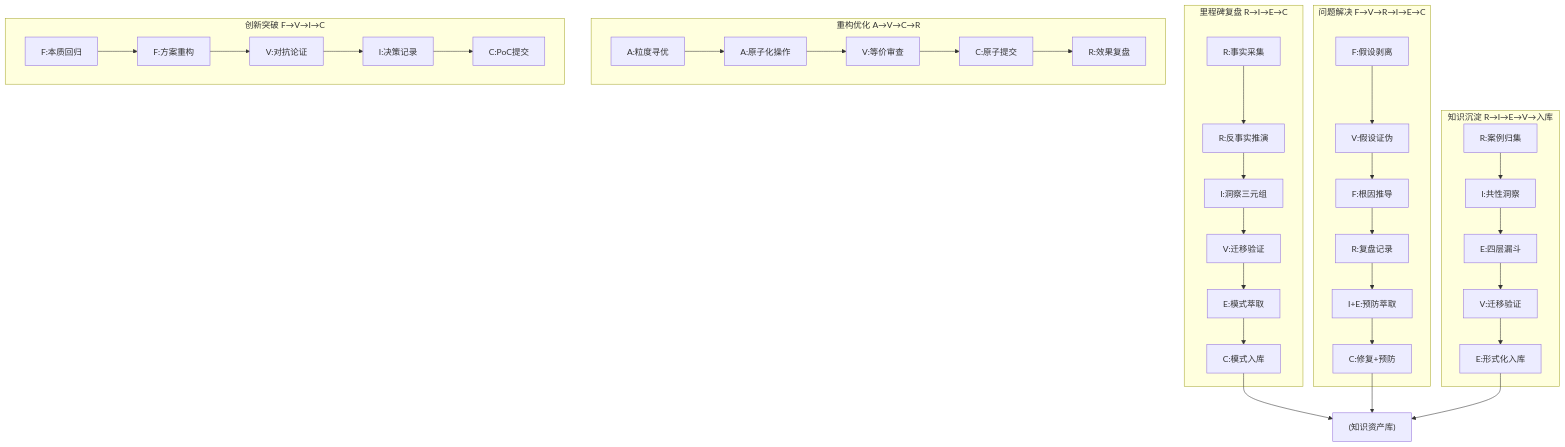
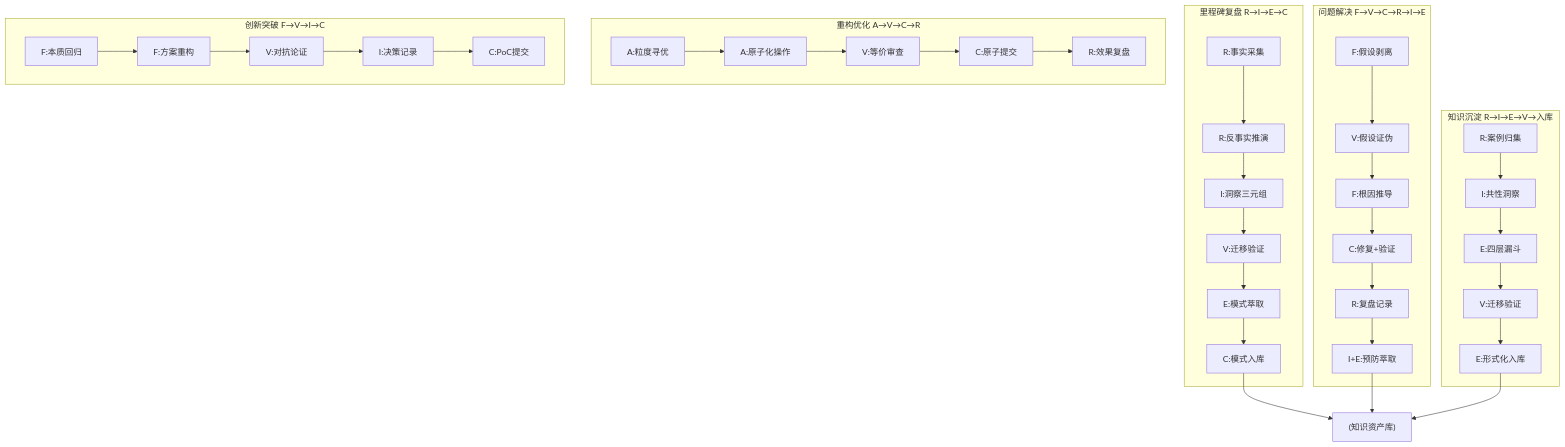
One commit to xinetzone/SpecWeave changed the diagram in docs/retrospective/patterns/methodology-patterns/governance-strategy/seven-concepts-core-workflows.md. Above: the diagram before and after it, drawn with Mermaid. The commit also changed other lines of this file and 2 other files, not shown here.

````diff
--- a/docs/retrospective/patterns/methodology-patterns/governance-strategy/seven-concepts-core-workflows.md
+++ b/docs/retrospective/patterns/methodology-patterns/governance-strategy/seven-concepts-core-workflows.md
@@ -14,39 +14,39 @@
 ```mermaid
 flowchart TD
     subgraph W1["里程碑复盘 R→I→E→C"]
         W1_R1["R:事实采集"] --> W1_R2["R:反事实推演"]
         W1_R2 --> W1_I["I:洞察三元组"]
         W1_I --> W1_V["V:迁移验证"]
         W1_V --> W1_E["E:模式萃取"]
         W1_E --> W1_C["C:模式入库"]
     end
-    subgraph W2["问题解决 F→V→R→I→E→C"]
+    subgraph W2["问题解决 F→V→C→R→I→E"]
         W2_F1["F:假设剥离"] --> W2_V1["V:假设证伪"]
         W2_V1 --> W2_F2["F:根因推导"]
-        W2_F2 --> W2_R["R:复盘记录"]
+        W2_F2 --> W2_C["C:修复+验证"]
+        W2_C --> W2_R["R:复盘记录"]
         W2_R --> W2_IE["I+E:预防萃取"]
-        W2_IE --> W2_C["C:修复+预防"]
     end
     subgraph W3["重构优化 A→V→C→R"]
         W3_A1["A:粒度寻优"] --> W3_A2["A:原子化操作"]
         W3_A2 --> W3_V["V:等价审查"]
         W3_V --> W3_C["C:原子提交"]
         W3_C --> W3_R["R:效果复盘"]
     end
     subgraph W4["知识沉淀 R→I→E→V→入库"]
         W4_R["R:案例归集"] --> W4_I["I:共性洞察"]
         W4_I --> W4_E1["E:四层漏斗"]
         W4_E1 --> W4_V["V:迁移验证"]
         W4_V --> W4_E2["E:形式化入库"]
     end
     subgraph W5["创新突破 F→V→I→C"]
         W5_F1["F:本质回归"] --> W5_F2["F:方案重构"]
         W5_F2 --> W5_V["V:对抗论证"]
         W5_V --> W5_I["I:决策记录"]
         W5_I --> W5_C["C:PoC提交"]
     end
     KB["(知识资产库)"]
     W1_C --> KB
-    W2_C --> KB
+    W2_IE --> KB
     W4_E2 --> KB
 ```
````
